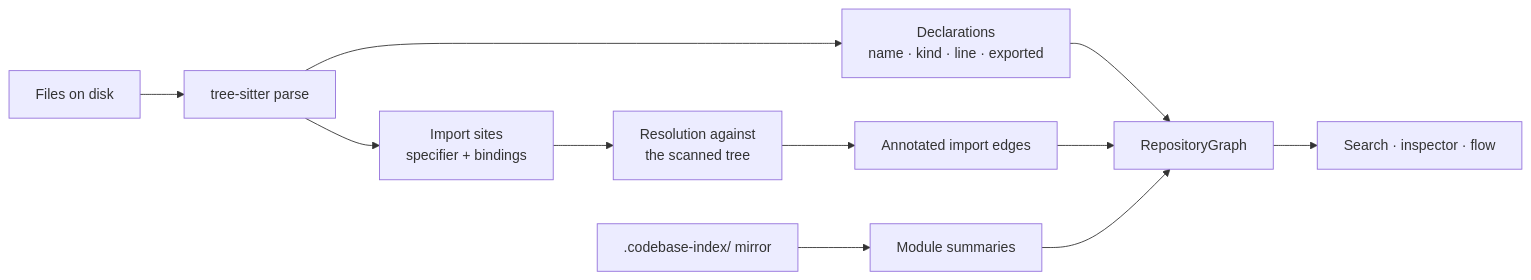
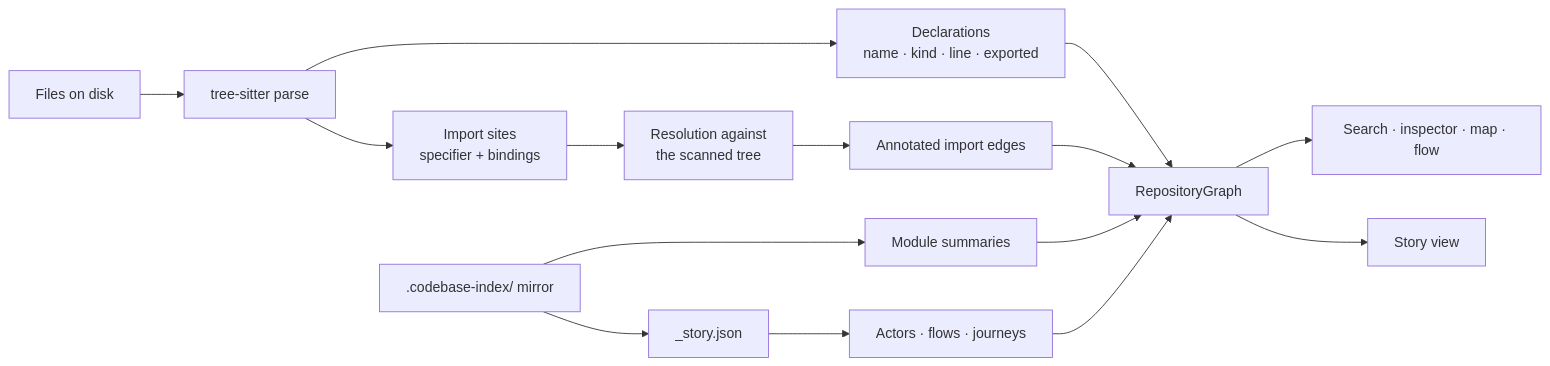
The second of 4 diagrams in README.md (Volpestyle/codebase-atlas), drawn with Mermaid before and after one commit. The commit also changed other lines of this file and 9 other files, not shown here.

````diff
--- a/README.md
+++ b/README.md
@@ -62,13 +67,17 @@
 ```mermaid
 flowchart LR
   F[Files on disk] --> P[tree-sitter parse]
   P --> S[Declarations<br/>name · kind · line · exported]
   P --> I[Import sites<br/>specifier + bindings]
   I --> R[Resolution against<br/>the scanned tree]
   R --> E[Annotated import edges]
   M[".codebase-index/ mirror"] --> D[Module summaries]
+  M --> N["_story.json"]
+  N --> Y[Actors · flows · journeys]
   S --> G[RepositoryGraph]
   E --> G
   D --> G
-  G --> Q[Search · inspector · flow]
+  Y --> G
+  G --> Q[Search · inspector · map · flow]
+  G --> Z[Story view]
 ```
````
